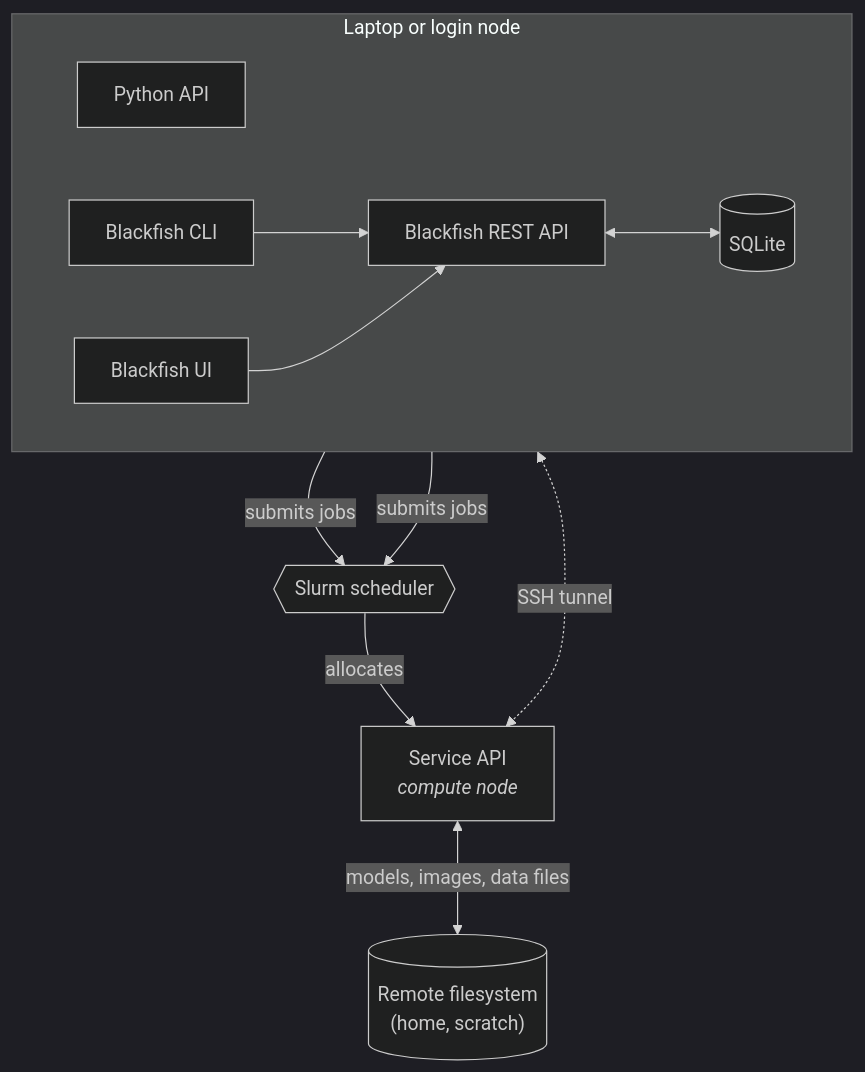
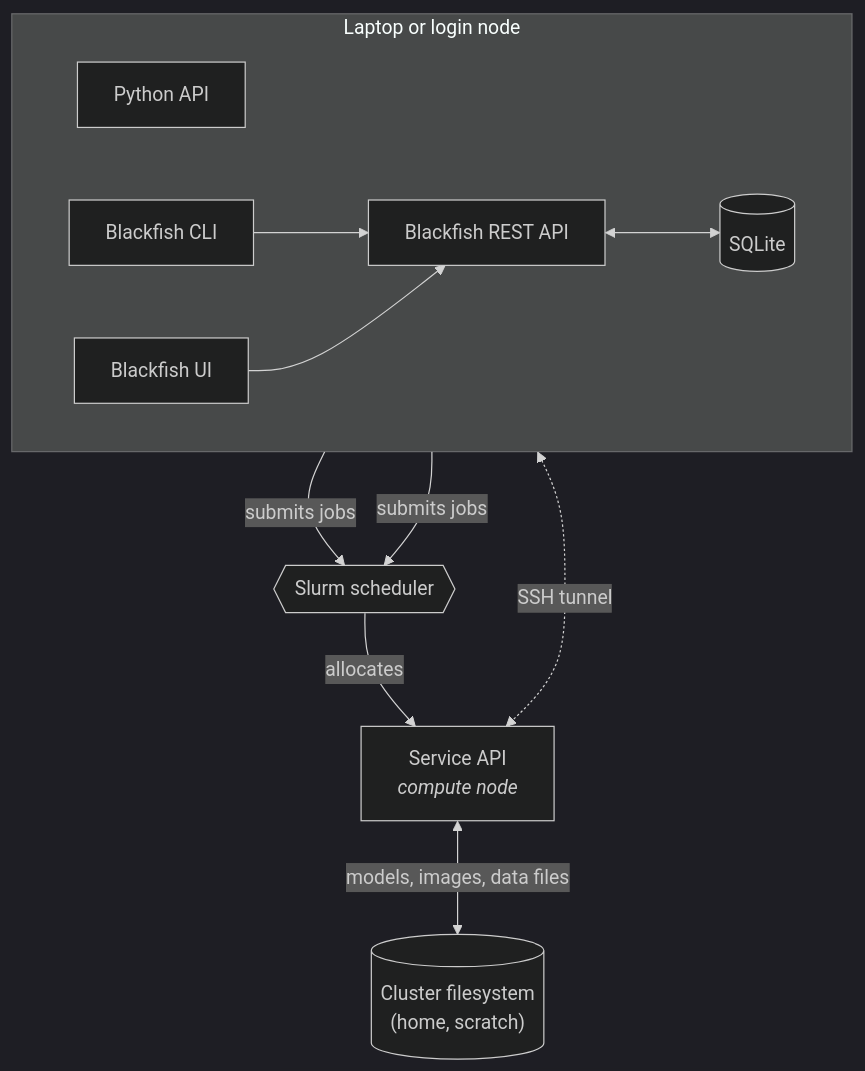
The diagram in lib/docs/admin/management.md (princeton-ddss/blackfish), drawn with Mermaid (dark theme) before and after one commit. The commit also changed other lines of this file, not shown here.

Commit message:
docs: call it the cluster filesystem
Neither label held from a login node, where the filesystem is local and the
service is not remote.

````diff
--- a/lib/docs/admin/management.md
+++ b/lib/docs/admin/management.md
@@ -11,32 +11,32 @@
 ```mermaid
 ---
 config:
   flowchart:
     nodeSpacing: 60
     rankSpacing: 70
 ---
 flowchart TB
   subgraph client_host["Laptop or login node"]
     direction LR
     py["Python API"]
     cli["Blackfish CLI"]
     ui["Blackfish UI"]
     api["Blackfish REST API"]
     db[("SQLite")]
 
     py ~~~ api
     cli --> api
     ui --> api
     api <--> db
   end
 
   slurm{{"Slurm scheduler"}}
   svc["Service API<br><i>compute node</i>"]
-  fs[("Remote filesystem<br>(home, scratch)")]
+  fs[("Cluster filesystem<br>(home, scratch)")]
 
   py -->|submits jobs| slurm
   api -->|submits jobs| slurm
   slurm -->|allocates| svc
   client_host <-.->|"SSH tunnel"| svc
   svc <-->|"models, images, data files"| fs
 ```
````
